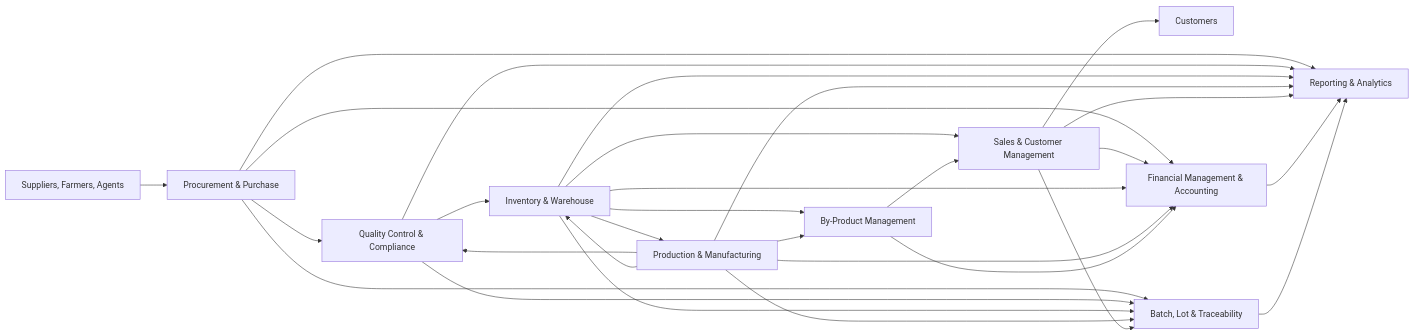
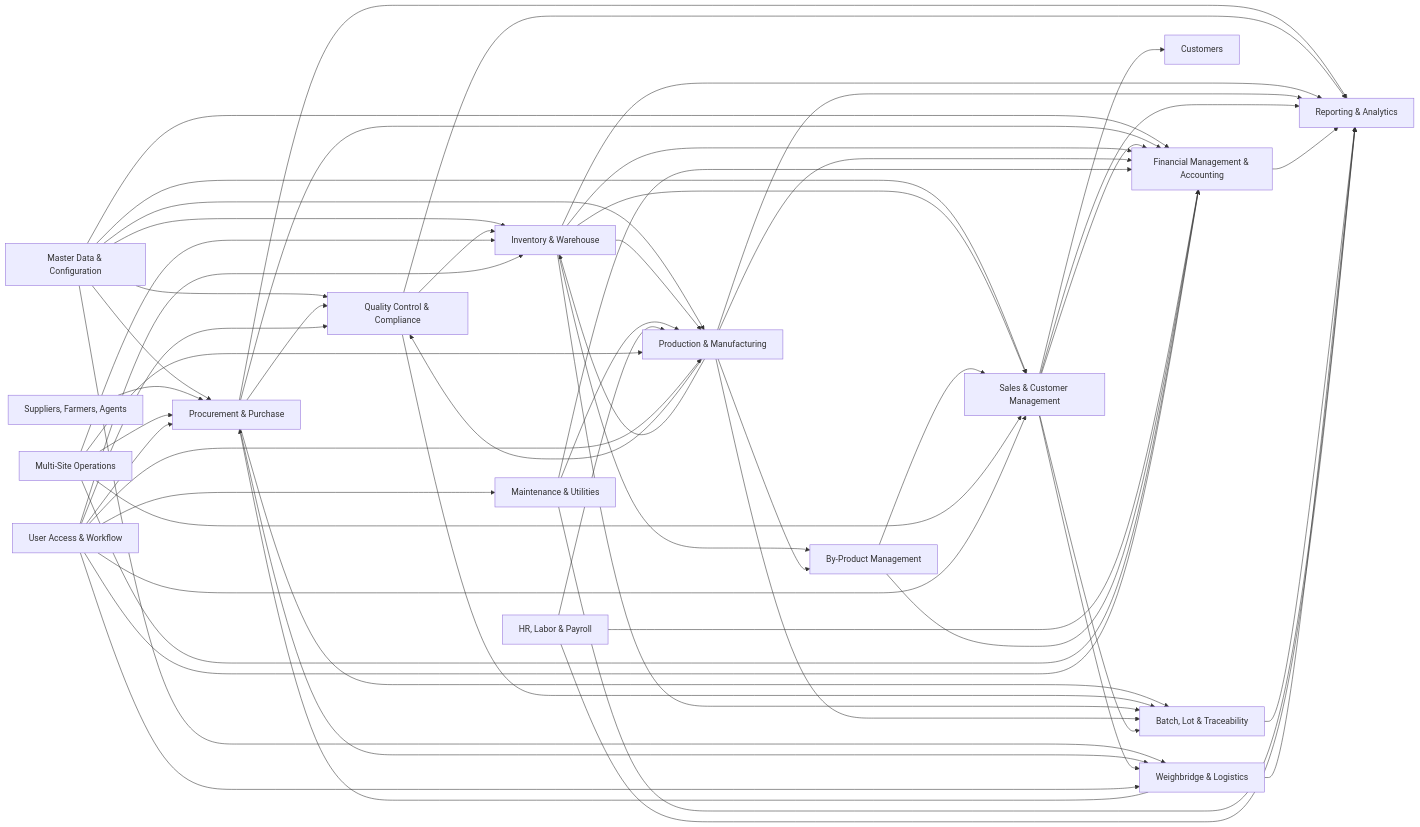
The diagram in README.md (habibur-rahman-swe/rice-mill-erp), drawn with Mermaid before and after one commit. The commit also changed other lines of this file and 11 other files, not shown here.

````diff
--- a/README.md
+++ b/README.md
@@ -7,35 +7,68 @@
 ```mermaid
 flowchart LR
+    MDM[Master Data & Configuration] --> PROC
+    MDM --> INV
+    MDM --> PROD
+    MDM --> SALES
+    MDM --> FIN
+    MDM --> QC
+    MDM --> LOG
+
     SUP[Suppliers, Farmers, Agents] --> PROC[Procurement & Purchase]
+    PROC --> LOG[Weighbridge & Logistics]
+    LOG --> PROC
     PROC --> QC[Quality Control & Compliance]
     QC --> INV[Inventory & Warehouse]
     INV --> PROD[Production & Manufacturing]
+    MAINT[Maintenance & Utilities] --> PROD
+    HR[HR, Labor & Payroll] --> PROD
     PROD --> QC
     PROD --> INV
     INV --> SALES[Sales & Customer Management]
+    SALES --> LOG
     SALES --> CUST[Customers]
 
     PROC --> FIN[Financial Management & Accounting]
     SALES --> FIN
     INV --> FIN
     PROD --> FIN
+    MAINT --> FIN
+    HR --> FIN
 
     PROC --> TRACE[Batch, Lot & Traceability]
     QC --> TRACE
     INV --> TRACE
     PROD --> TRACE
     SALES --> TRACE
 
     INV --> BYP[By-Product Management]
     PROD --> BYP
     BYP --> SALES
     BYP --> FIN
 
     PROC --> MIS[Reporting & Analytics]
     QC --> MIS
     INV --> MIS
     PROD --> MIS
     SALES --> MIS
     FIN --> MIS
     TRACE --> MIS
+    LOG --> MIS
+    MAINT --> MIS
+    HR --> MIS
+
+    SITE[Multi-Site Operations] --> PROC
+    SITE --> INV
+    SITE --> PROD
+    SITE --> SALES
+    SITE --> FIN
+
+    UAM[User Access & Workflow] --> PROC
+    UAM --> INV
+    UAM --> PROD
+    UAM --> SALES
+    UAM --> FIN
+    UAM --> QC
+    UAM --> LOG
+    UAM --> MAINT
 ```
````
